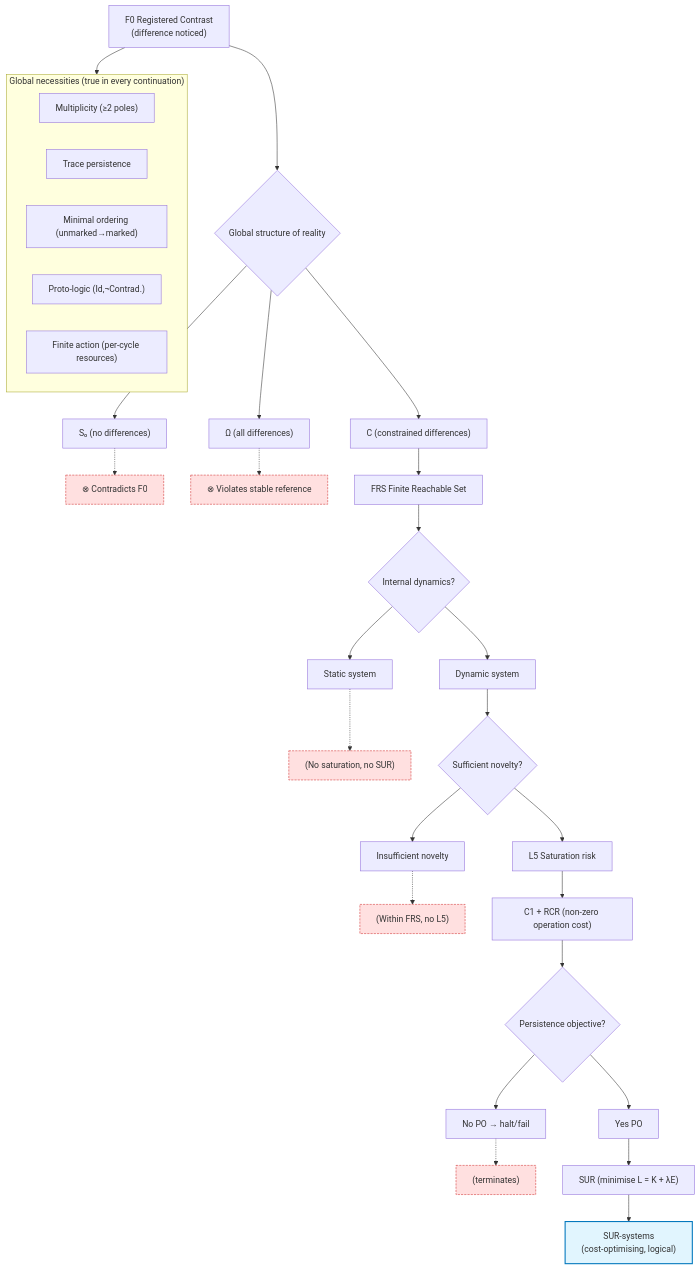
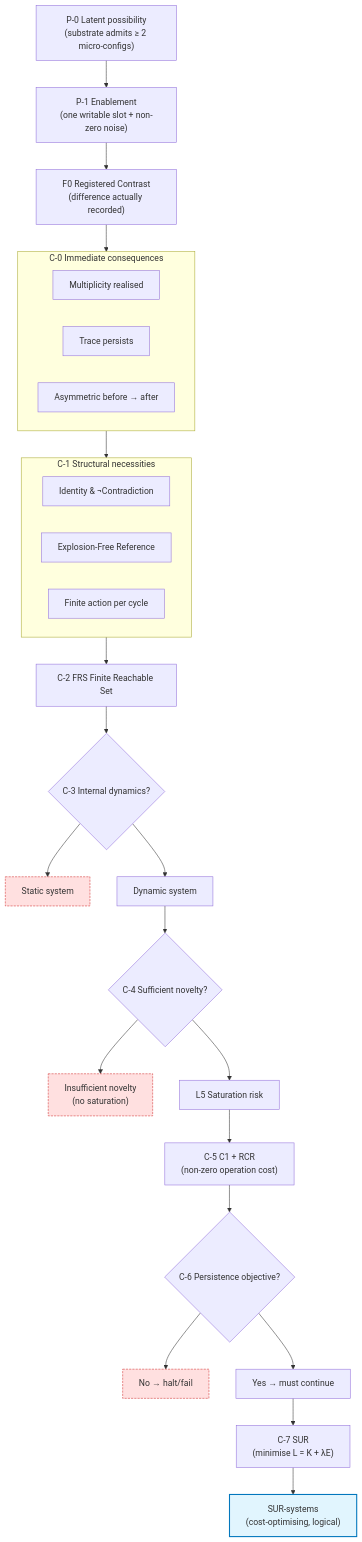
The diagram in Flowchart.mmd (jconorgrogan/Informational-Constructivism), drawn with Mermaid before and after one commit.

```diff
--- a/Flowchart.mmd
+++ b/Flowchart.mmd
@@ -1,55 +1,71 @@
 flowchart TD
-    %% ───────── 0 · Starting datum ─────────
-    F0["F0  Registered Contrast<br/>(difference noticed)"]
+    %% ───────── PRE-EVENT LAYERS ─────────
+    P0["P-0 Latent possibility<br/>(substrate admits ≥ 2 micro-configs)"]
+    P1["P-1 Enablement<br/>(one writable slot + non-zero noise)"]
+    P0 --> P1
 
-    %% ───────── 1 · Immediate necessities ─────────
-    subgraph N0["Global necessities (true in every continuation)"]
-        M1["Multiplicity (≥2 poles)"]
-        P1["Trace persistence"]
-        O1["Minimal ordering (unmarked→marked)"]
-        L0["Proto-logic (Id,¬Contrad.)"]
-        R0["Finite action (per-cycle resources)"]
+    %% ───────── EVENT ─────────
+    F0["F0 Registered Contrast<br/>(difference actually recorded)"]
+    P1 --> F0
+
+    %% ───────── IMMEDIATE CONSEQUENCES ─────────
+    subgraph C0["C-0 Immediate consequences"]
+        C0_1["Multiplicity realised"]
+        C0_2["Trace persists"]
+        C0_3["Asymmetric before → after"]
     end
-    F0 --> N0
+    F0 --> C0
 
-    %% ───────── 2 · Global‐structure branch ─────────
-    F0 --> B0{"Global structure of reality"}
-    B0 --> S0["S₀ (no differences)"] -.-> X0["⊗ Contradicts F0"]
-    B0 --> OMEGA["Ω (all differences)"] -.-> X1["⊗ Violates stable reference"]
-    B0 --> C0["C (constrained differences)"]
+    %% ───────── STRUCTURAL NECESSITIES ─────────
+    subgraph C1["C-1 Structural necessities"]
+        L1["Identity & ¬Contradiction"]
+        EFR["Explosion-Free Reference"]
+        FA["Finite action per cycle"]
+    end
+    C0 --> C1
 
-    %% ───────── 3 · Necessity inside C ─────────
-    C0 --> FRS["FRS  Finite Reachable Set"]
+    %% ───────── FINITE REACHABLE SET ─────────
+    FRS["C-2 FRS Finite Reachable Set"]
+    C1 --> FRS
 
-    %% ───────── 4 · Internal dynamics branch ─────────
-    FRS --> DYN{"Internal dynamics?"}
-    DYN --> STAT["Static system"]
-    DYN --> DYNyes["Dynamic system"]
+    %% ───────── DYNAMICS BRANCH ─────────
+    DYN{"C-3 Internal dynamics?"}
+    FRS --> DYN
+    STAT["Static system"]
+    DYNyes["Dynamic system"]
+    DYN --> STAT
+    DYN --> DYNyes
 
-    %% Static terminates
-    STAT -.-> ZS["(No saturation, no SUR)"]
+    %% ───────── NOVELTY BRANCH ─────────
+    NOVEL{"C-4 Sufficient novelty?"}
+    DYNyes --> NOVEL
+    LOWNOV["Insufficient novelty<br/>(no saturation)"]
+    SATRISK["L5 Saturation risk"]
+    NOVEL --> LOWNOV
+    NOVEL --> SATRISK
 
-    %% ───────── 5 · Novelty branch ─────────
-    DYNyes --> NOVEL{"Sufficient novelty?"}
-    NOVEL --> LOWNOV["Insufficient novelty"] -.-> ZN["(Within FRS, no L5)"]
-    NOVEL --> SATRISK["L5  Saturation risk"]
+    %% ───────── COST NECESSITY ─────────
+    COST["C-5 C1 + RCR<br/>(non-zero operation cost)"]
+    SATRISK --> COST
 
-    %% ───────── 6 · Cost necessity ─────────
-    SATRISK --> COST["C1 + RCR (non-zero operation cost)"]
+    %% ───────── PERSISTENCE BRANCH ─────────
+    PERS{"C-6 Persistence objective?"}
+    COST --> PERS
+    HALT["No → halt/fail"]
+    YESPO["Yes → must continue"]
+    PERS --> HALT
+    PERS --> YESPO
 
-    %% ───────── 7 · Persistence branch ─────────
-    COST --> PERS{"Persistence objective?"}
-    PERS --> HALT["No PO  → halt/fail"] -.-> ZH["(terminates)"]
-    PERS --> YESPO["Yes PO"]
+    %% ───────── SUR OPTIMISATION ─────────
+    SUR["C-7 SUR<br/>(minimise L = K + λE)"]
+    YESPO --> SUR
 
-    %% ───────── 8 · Forced optimisation ─────────
-    YESPO --> SUR["SUR  (minimise L = K + λE)"]
-
-    %% ───────── 9 · Final class ─────────
-    SUR --> FINAL["SUR-systems<br/>(cost-optimising, logical)"]
+    %% ───────── FINAL CLASS ─────────
+    FINAL["SUR-systems<br/>(cost-optimising, logical)"]
+    SUR --> FINAL
 
     %% Styling
     classDef final fill:#e1f5fe,stroke:#0277bd,stroke-width:2px;
     class FINAL final
-    classDef dead fill:#ffe0e0,stroke:#d32f2f,stroke-width:1px,stroke-dasharray: 4 2;
-    class X0,X1,ZS,ZN,ZH dead
+    classDef dead fill:#ffe0e0,stroke:#d32f2f,stroke-width:1px,stroke-dasharray:4 2;
+    class HALT,LOWNOV,STAT dead
```
